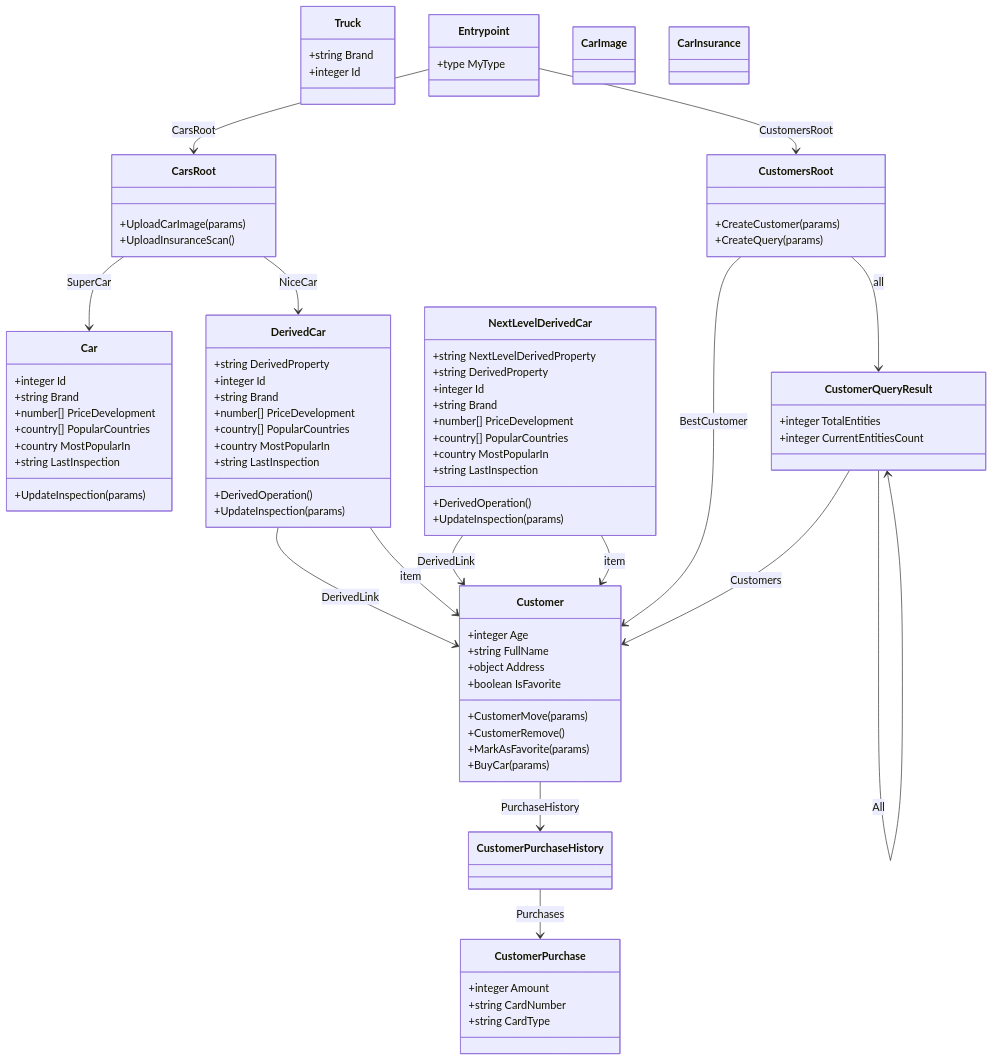
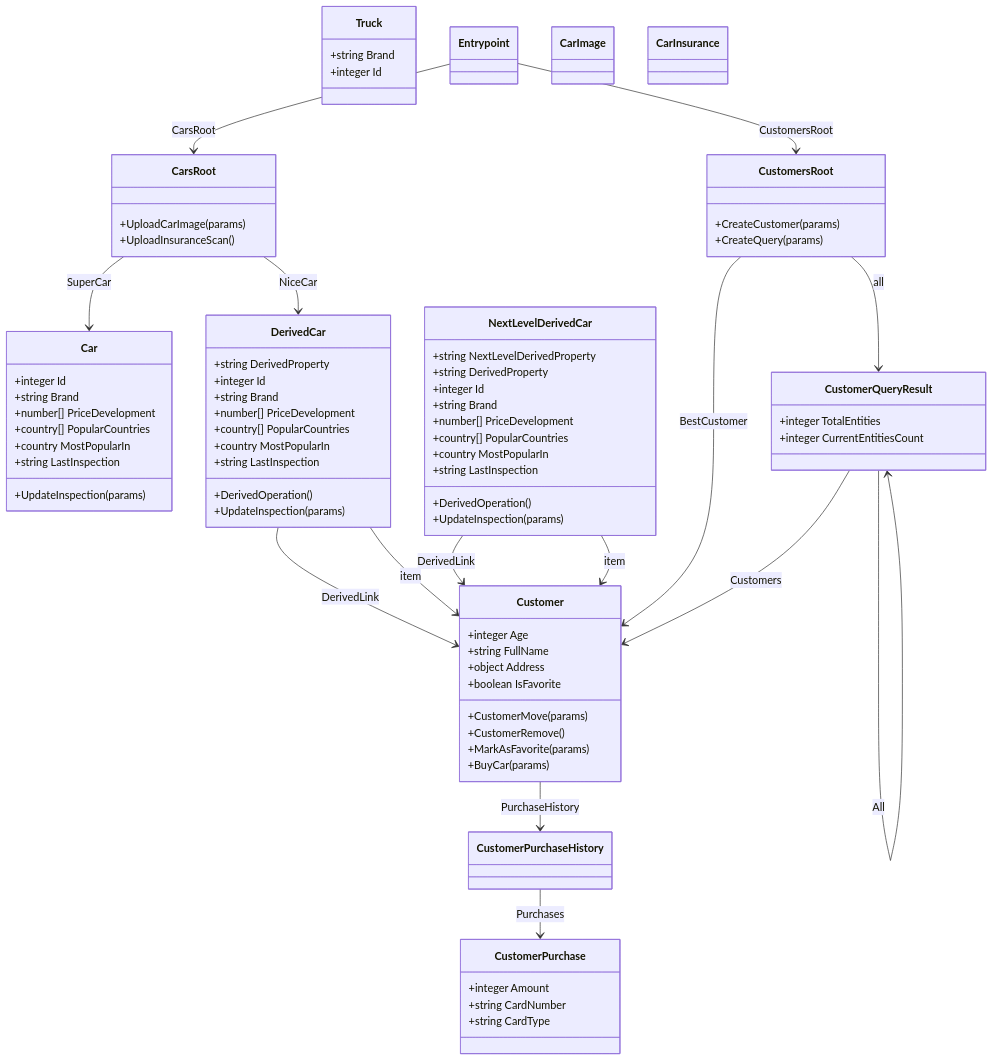
One commit to RESTyard/RESTyard changed the diagram in Source/CarShack/schema-output/htos.md. Above: the diagram before and after it, drawn with Mermaid. The commit also changed 3 other files, not shown here.

Commit message:
Remove leftover property in CarShack entrypoint. - regenerate schema

```diff
--- a/Source/CarShack/schema-output/htos.md
+++ b/Source/CarShack/schema-output/htos.md
@@ -7,7 +7,6 @@
         +integer Id
     }
     class Entrypoint {
-        +type MyType
     }
     class CarsRoot {
         +UploadCarImage(params)
```
